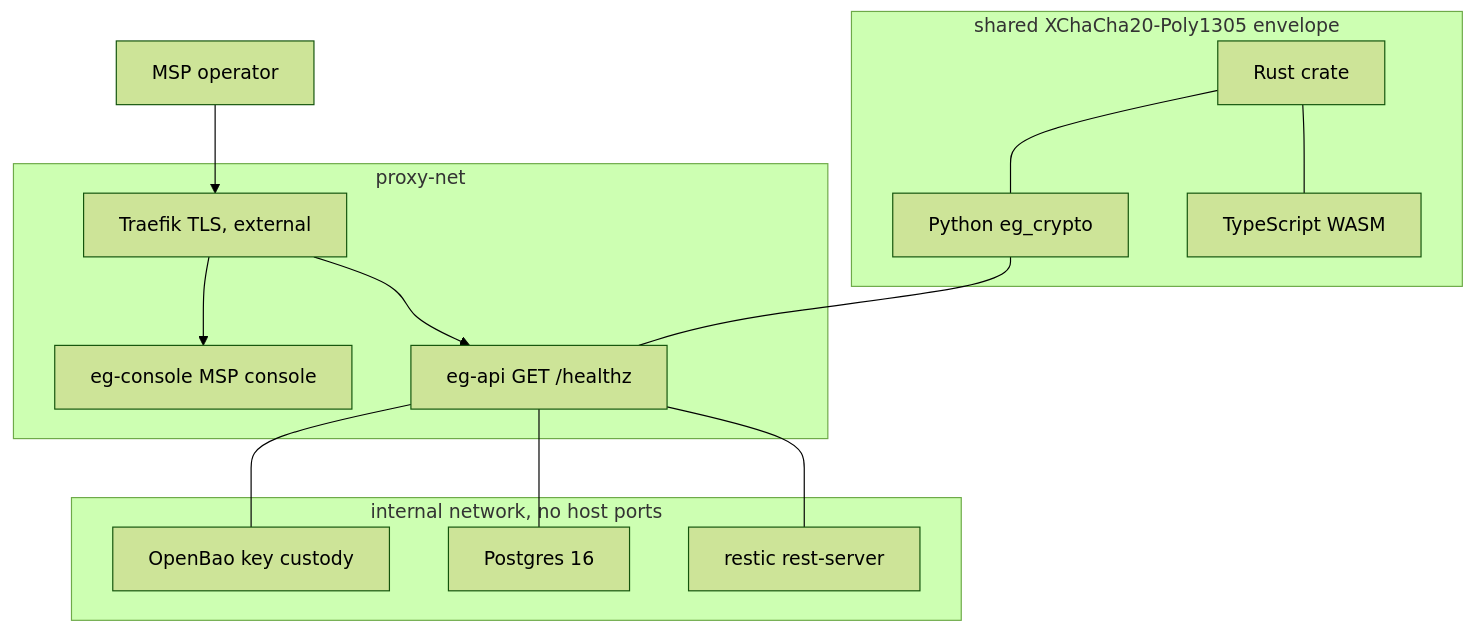
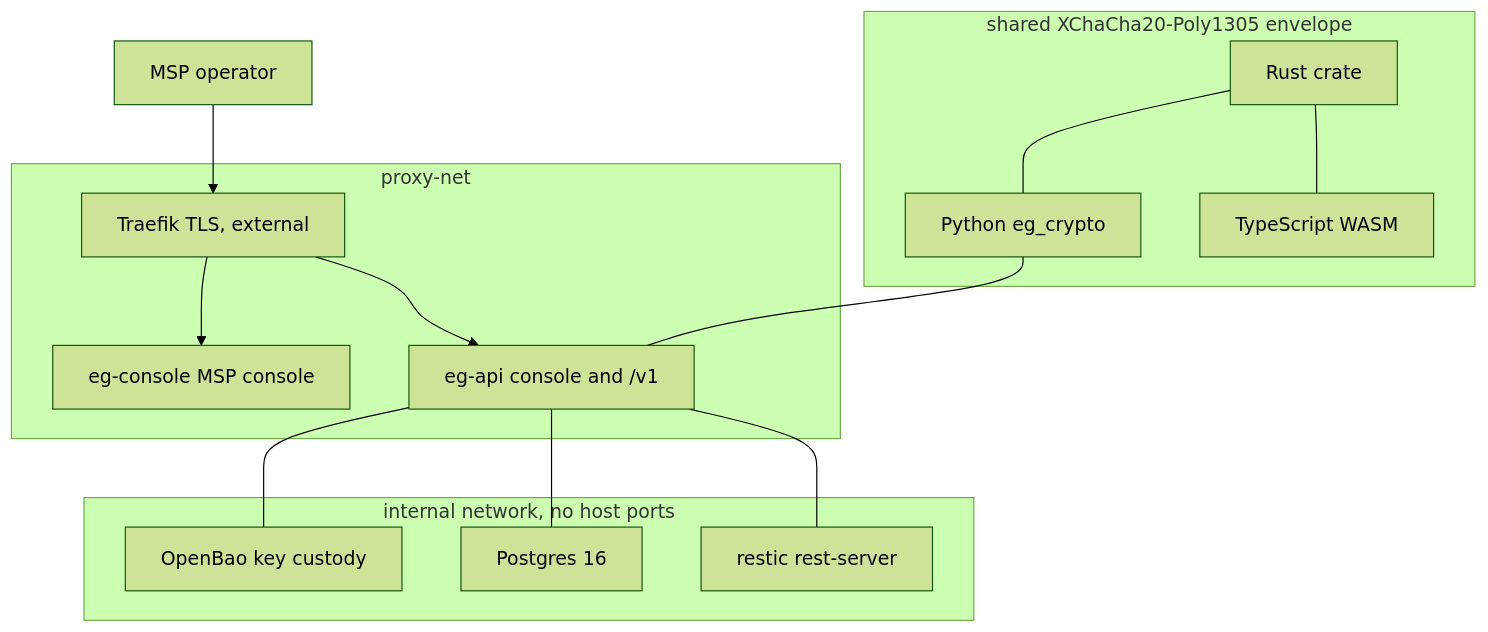
The diagram in README.md (GoDeskio/Encryptoglyph), drawn with Mermaid (forest theme) before and after one commit. The commit also changed other lines of this file and 38 other files, not shown here.

````diff
--- a/README.md
+++ b/README.md
@@ -34,28 +34,28 @@
 ```mermaid
 flowchart TB
   operator[MSP operator]
   subgraph proxy [proxy-net]
     traefik[Traefik TLS, external]
     console["eg-console MSP console"]
-    api["eg-api GET /healthz"]
+    api["eg-api console and /v1"]
   end
   subgraph internal [internal network, no host ports]
     openbao[OpenBao key custody]
     postgres[Postgres 16]
     restic[restic rest-server]
   end
   subgraph crypto [shared XChaCha20-Poly1305 envelope]
     rust[Rust crate]
     python[Python eg_crypto]
     ts[TypeScript WASM]
   end
   operator --> traefik
   traefik --> console
   traefik --> api
   api --- openbao
   api --- postgres
   api --- restic
   rust --- python
   rust --- ts
   python --- api
 ```
````
